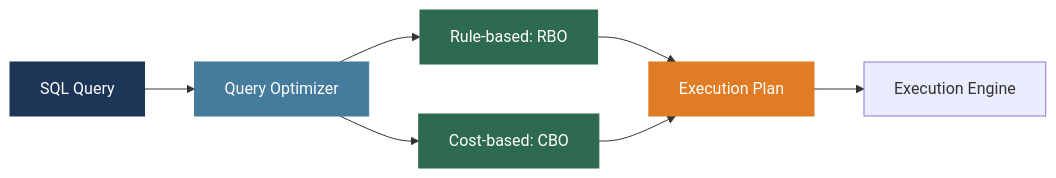
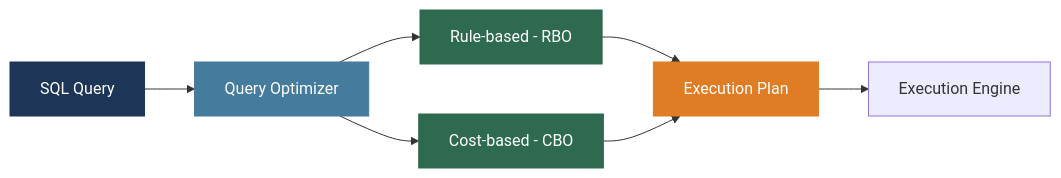
Diagram 11 of 16 in Week3/Lecture3_Partitioning_Sharding_Caching_QueryOpt.md (MuhammadTahaNasir/Big-Data-Analytics-Notes), drawn with Mermaid before and after one commit. The commit also changed other lines of this file, not shown here.

````diff
--- a/Week3/Lecture3_Partitioning_Sharding_Caching_QueryOpt.md
+++ b/Week3/Lecture3_Partitioning_Sharding_Caching_QueryOpt.md
@@ -386,15 +386,15 @@
 ```mermaid
 flowchart LR
     SQL[SQL Query] --> OPT[Query Optimizer]
-    OPT --> RBO[Rule-based: RBO]
-    OPT --> CBO[Cost-based: CBO]
+    OPT --> RBO[Rule-based - RBO]
+    OPT --> CBO[Cost-based - CBO]
     RBO --> PLAN[Execution Plan]
     CBO --> PLAN
     PLAN --> EXEC[Execution Engine]
 
     style SQL fill:#1d3557,color:#fff,stroke:#1d3557
     style OPT fill:#457b9d,color:#fff,stroke:#457b9d
     style RBO fill:#2d6a4f,color:#fff,stroke:#2d6a4f
     style CBO fill:#2d6a4f,color:#fff,stroke:#2d6a4f
     style PLAN fill:#e07c24,color:#fff,stroke:#e07c24
 ```
````
